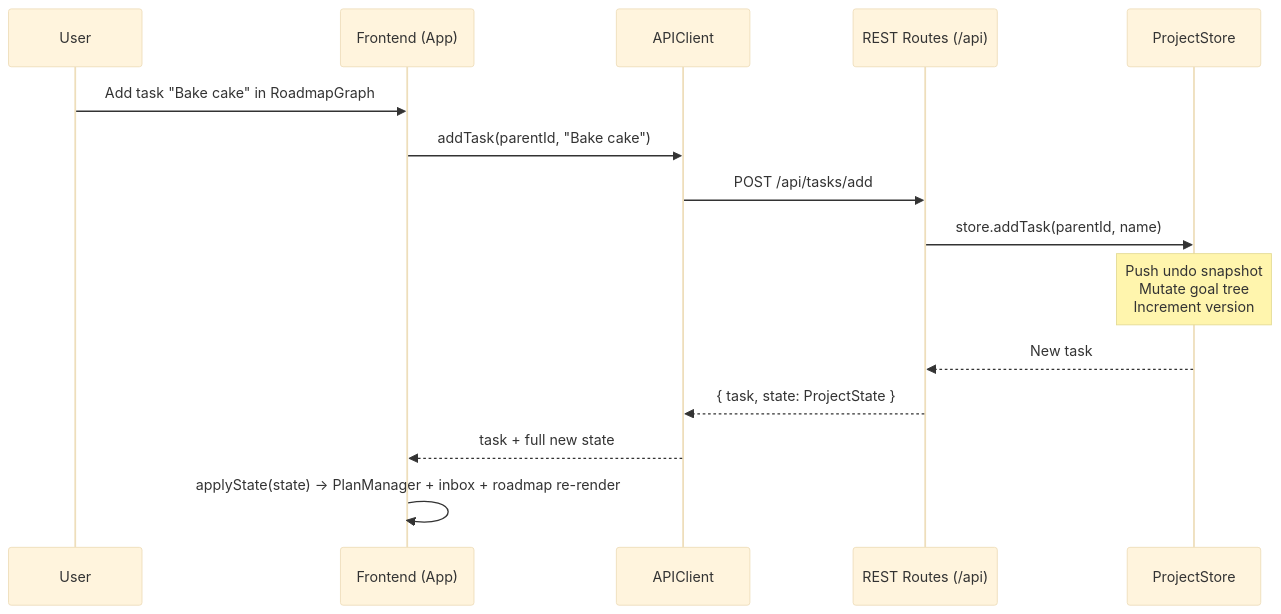
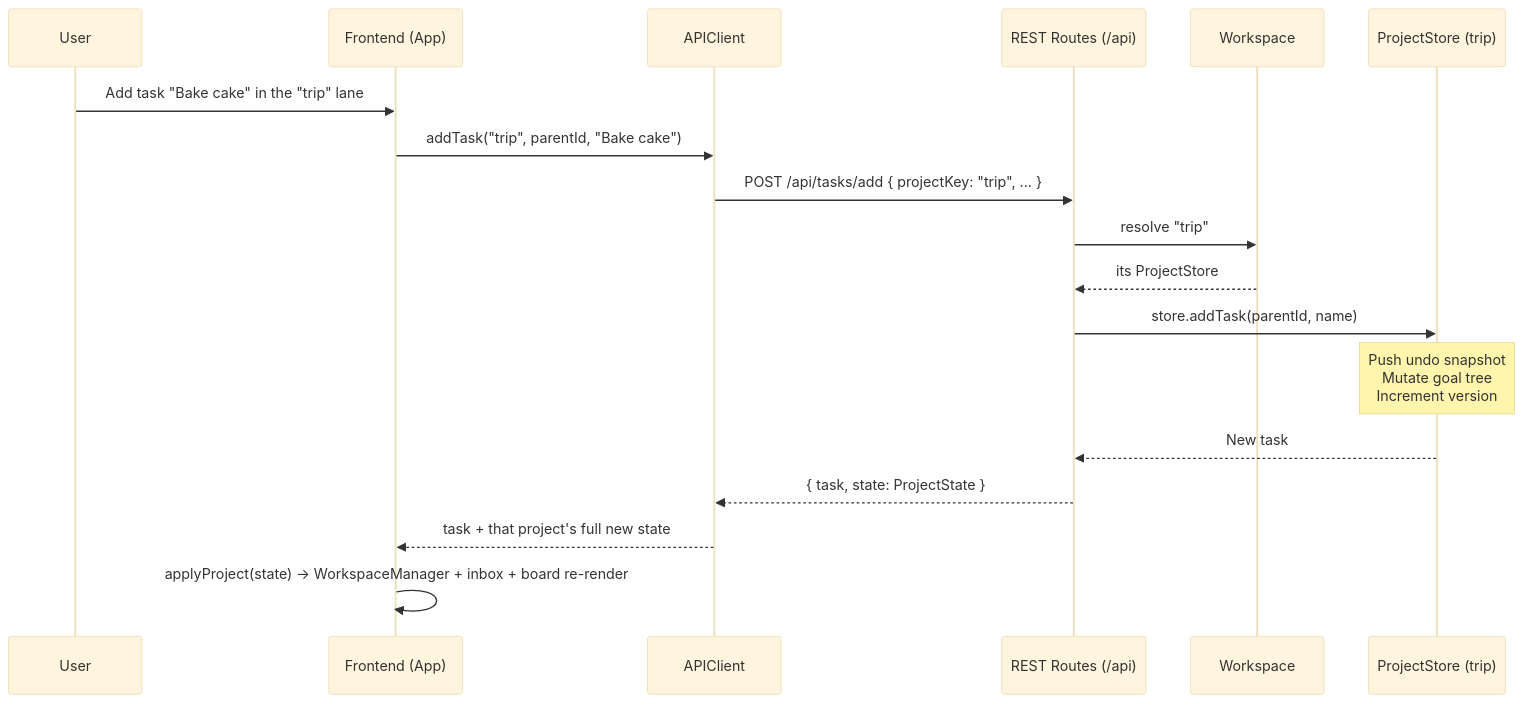
One commit to tantinlala/blossom-mcp changed the first of 6 diagrams in docs/architecture/sequences.md. Above: the diagram before and after it, drawn with Mermaid (base theme). The commit also changed other lines of this file and 74 other files, not shown here.

````diff
--- a/docs/architecture/sequences.md
+++ b/docs/architecture/sequences.md
@@ -7,18 +7,21 @@
 ```mermaid
 sequenceDiagram
     participant U as User
     participant F as Frontend (App)
     participant AC as APIClient
     participant R as REST Routes (/api)
-    participant S as ProjectStore
+    participant W as Workspace
+    participant S as ProjectStore (trip)
 
-    U->>F: Add task "Bake cake" in RoadmapGraph
-    F->>AC: addTask(parentId, "Bake cake")
-    AC->>R: POST /api/tasks/add
+    U->>F: Add task "Bake cake" in the "trip" lane
+    F->>AC: addTask("trip", parentId, "Bake cake")
+    AC->>R: POST /api/tasks/add { projectKey: "trip", ... }
+    R->>W: resolve "trip"
+    W-->>R: its ProjectStore
     R->>S: store.addTask(parentId, name)
     Note over S: Push undo snapshot<br/>Mutate goal tree<br/>Increment version
     S-->>R: New task
     R-->>AC: { task, state: ProjectState }
-    AC-->>F: task + full new state
-    F->>F: applyState(state) → PlanManager + inbox + roadmap re-render
+    AC-->>F: task + that project's full new state
+    F->>F: applyProject(state) → WorkspaceManager + inbox + board re-render
 ```
````
